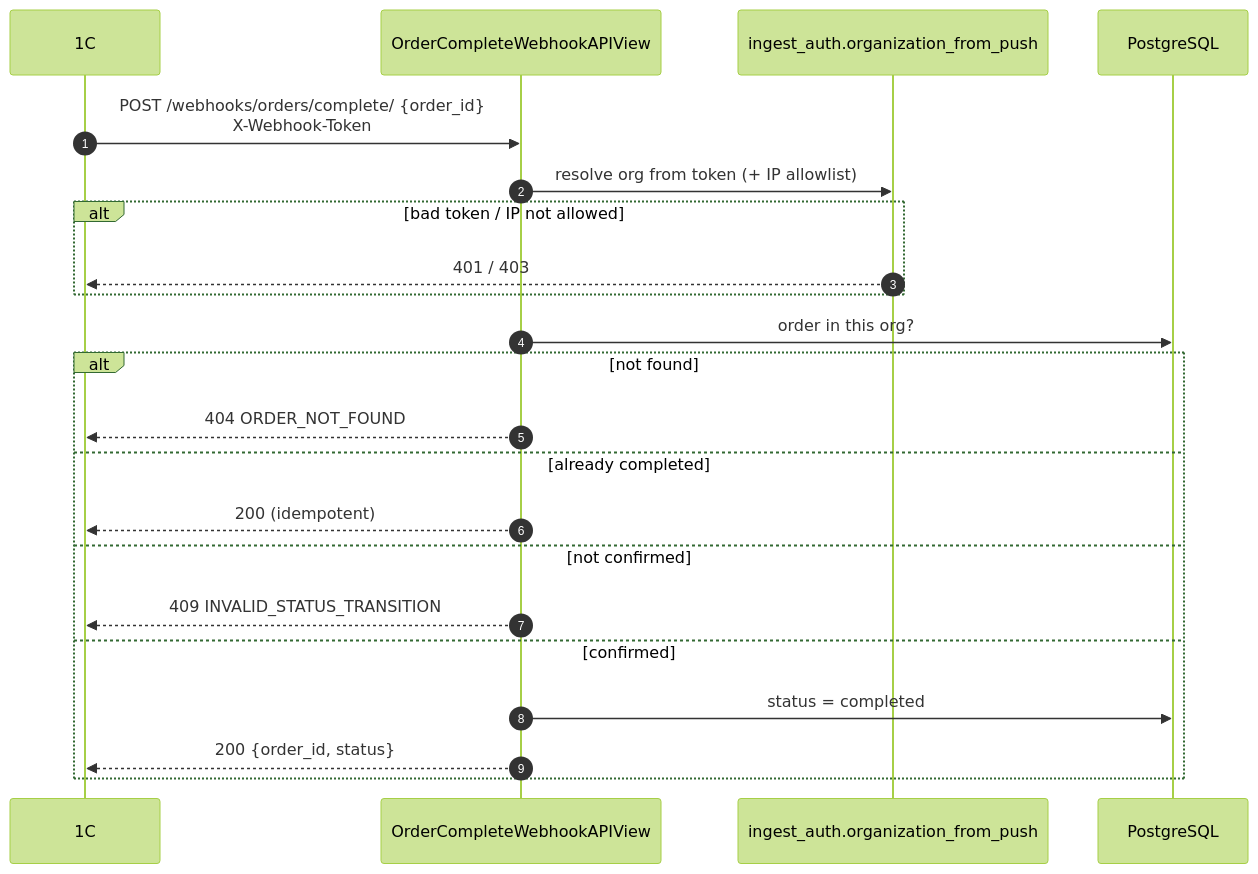
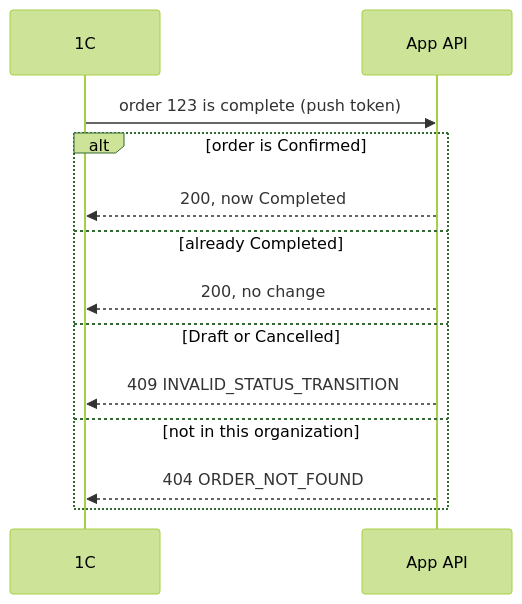
One commit to Iknow-dot/barcode-scanner-app changed the third of 3 diagrams in docs/architecture/03-order-lifecycle.md. Above: the diagram before and after it, drawn with Mermaid (forest theme). The commit also changed other lines of this file and 3 other files, not shown here.

First line of the commit message:
docs(architecture): simplify diagrams to one point each

````diff
--- a/docs/architecture/03-order-lifecycle.md
+++ b/docs/architecture/03-order-lifecycle.md
@@ -140,25 +84,16 @@
 ```mermaid
 sequenceDiagram
-    autonumber
     participant OneC as 1C
-    participant WH as OrderCompleteWebhookAPIView
-    participant Auth as ingest_auth.organization_from_push
-    participant DB as PostgreSQL
+    participant App as App API
 
-    OneC->>WH: POST /webhooks/orders/complete/ {order_id}<br/>X-Webhook-Token
-    WH->>Auth: resolve org from token (+ IP allowlist)
-    alt bad token / IP not allowed
-        Auth-->>OneC: 401 / 403
-    end
-    WH->>DB: order in this org?
-    alt not found
-        WH-->>OneC: 404 ORDER_NOT_FOUND
-    else already completed
-        WH-->>OneC: 200 (idempotent)
-    else not confirmed
-        WH-->>OneC: 409 INVALID_STATUS_TRANSITION
-    else confirmed
-        WH->>DB: status = completed
-        WH-->>OneC: 200 {order_id, status}
+    OneC->>App: order 123 is complete (push token)
+    alt order is Confirmed
+        App-->>OneC: 200, now Completed
+    else already Completed
+        App-->>OneC: 200, no change
+    else Draft or Cancelled
+        App-->>OneC: 409 INVALID_STATUS_TRANSITION
+    else not in this organization
+        App-->>OneC: 404 ORDER_NOT_FOUND
     end
 ```
````
